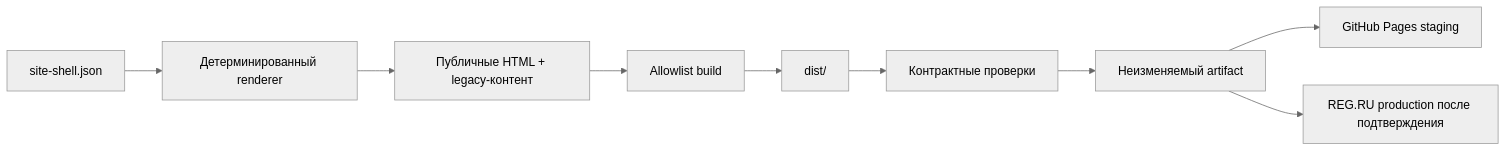
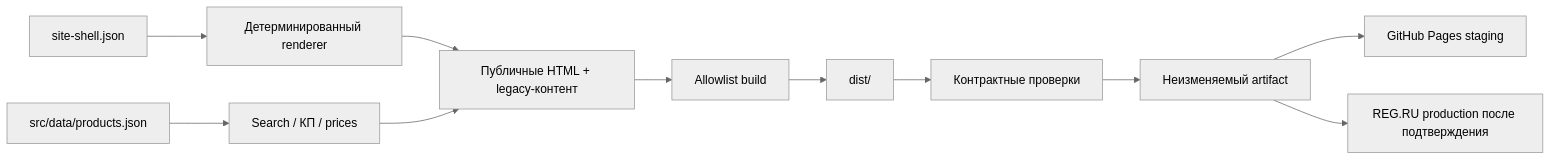
One commit to olmazen/stroibad-2 changed the diagram in docs/ARCHITECTURE.md. Above: the diagram before and after it, drawn with Mermaid (neutral theme). The commit also changed other lines of this file and 20 other files, not shown here.

````diff
--- a/docs/ARCHITECTURE.md
+++ b/docs/ARCHITECTURE.md
@@ -15,11 +15,13 @@
 ```mermaid
 flowchart LR
     S["site-shell.json"] --> R["Детерминированный renderer"]
+    P["src/data/products.json"] --> J["Search / КП / prices"]
     R --> A["Публичные HTML + legacy-контент"]
+    J --> A
     A --> B["Allowlist build"]
     B --> C["dist/"]
     C --> D["Контрактные проверки"]
     D --> E["Неизменяемый artifact"]
     E --> F["GitHub Pages staging"]
     E --> G["REG.RU production после подтверждения"]
 ```
````
